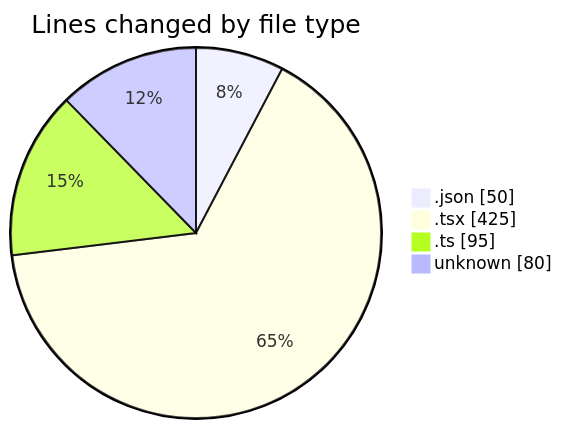
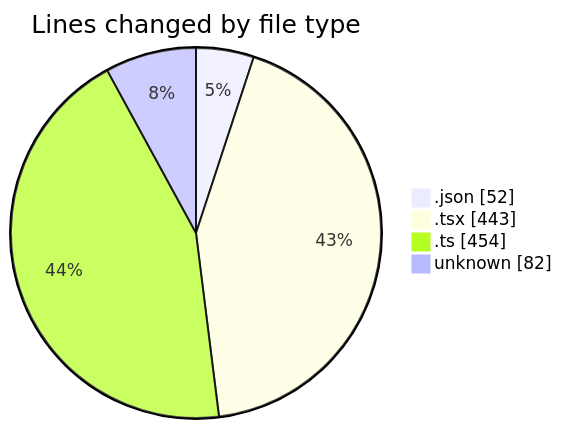
Before and after one commit to julien-gomy/code-tracking: the first of 2 diagrams in 2025-10-29/eventscop-frontend-guide__workspace_/README.md, drawn with Mermaid. The commit also changed other lines of this file and 1 other file, not shown here.

````diff
--- a/2025-10-29/eventscop-frontend-guide__workspace_/README.md
+++ b/2025-10-29/eventscop-frontend-guide__workspace_/README.md
@@ -32,8 +33,8 @@
 ```mermaid
 pie showData
 title Lines changed by file type
-".json" : 50
-".tsx" : 425
-".ts" : 95
-"unknown" : 80
+".json" : 52
+".tsx" : 443
+".ts" : 454
+"unknown" : 82
 ```
````
